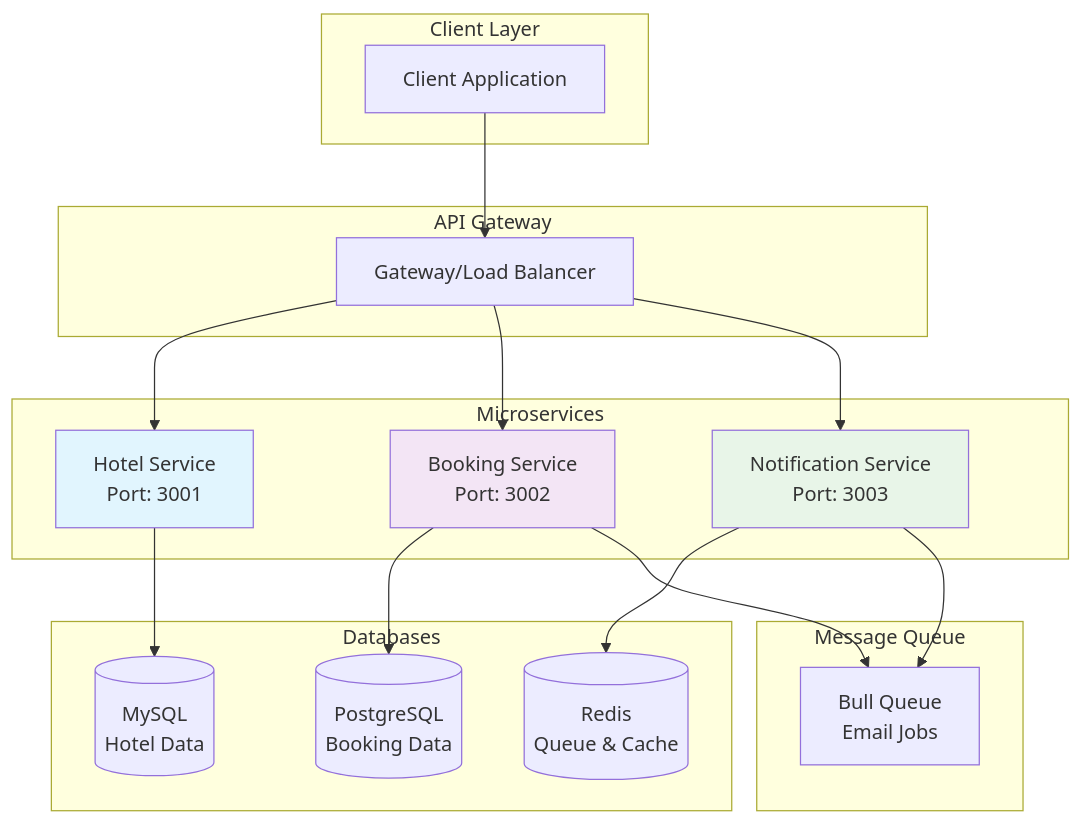
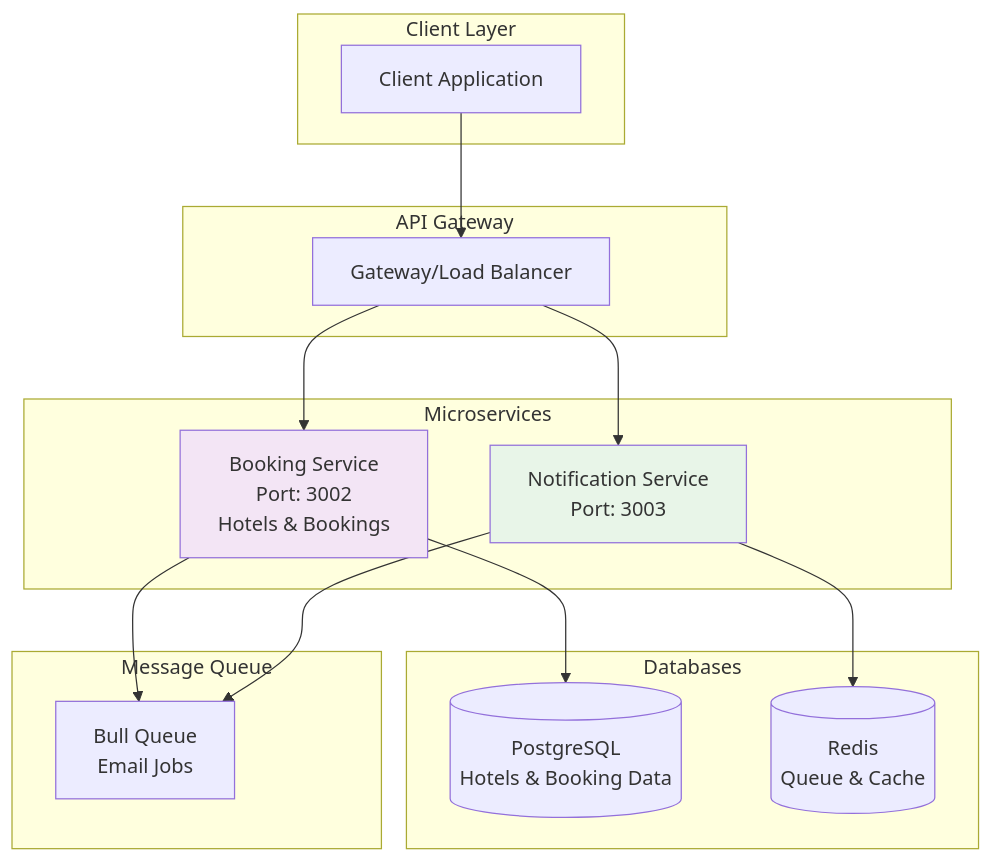
One commit to Jyotishmoy12/airbnb-booking-backend changed the first of 3 diagrams in README.md. Above: the diagram before and after it, drawn with Mermaid. The commit also changed other lines of this file, not shown here.

````diff
--- a/README.md
+++ b/README.md
@@ -25,41 +25,36 @@
 ```mermaid
 graph TB
     subgraph "Client Layer"
         C[Client Application]
     end
     
     subgraph "API Gateway"
         GW[Gateway/Load Balancer]
     end
     
     subgraph "Microservices"
-        HS[Hotel Service<br/>Port: 3001]
-        BS[Booking Service<br/>Port: 3002]
+        BS[Booking Service<br/>Port: 3002<br/>Hotels & Bookings]
         NS[Notification Service<br/>Port: 3003]
     end
     
     subgraph "Databases"
-        MySQL[(MySQL<br/>Hotel Data)]
-        PostgreSQL[(PostgreSQL<br/>Booking Data)]
+        PostgreSQL[(PostgreSQL<br/>Hotels & Booking Data)]
         Redis[(Redis<br/>Queue & Cache)]
     end
     
     subgraph "Message Queue"
         BQ[Bull Queue<br/>Email Jobs]
     end
     
     C --> GW
-    GW --> HS
     GW --> BS
     GW --> NS
     
-    HS --> MySQL
     BS --> PostgreSQL
     BS --> BQ
     NS --> Redis
     NS --> BQ
     
-    style HS fill:#e1f5fe
     style BS fill:#f3e5f5
     style NS fill:#e8f5e8
 ```
````
